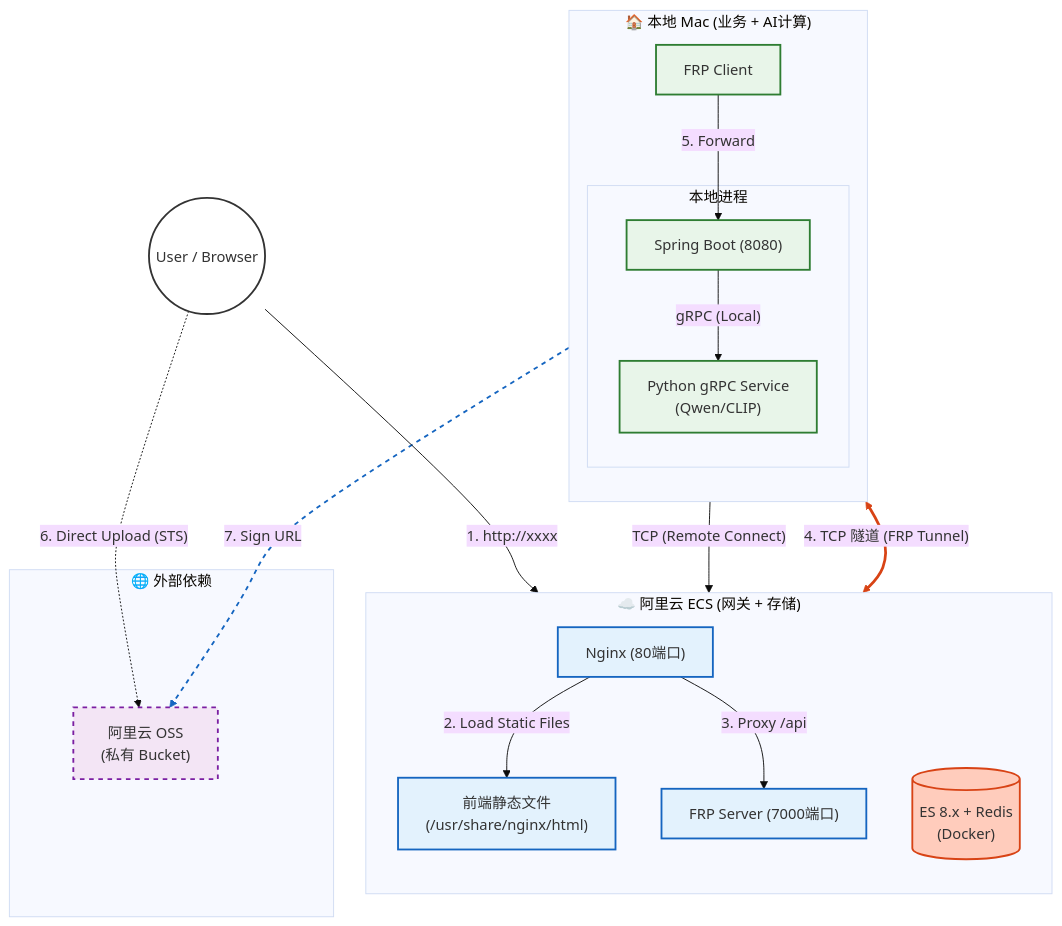
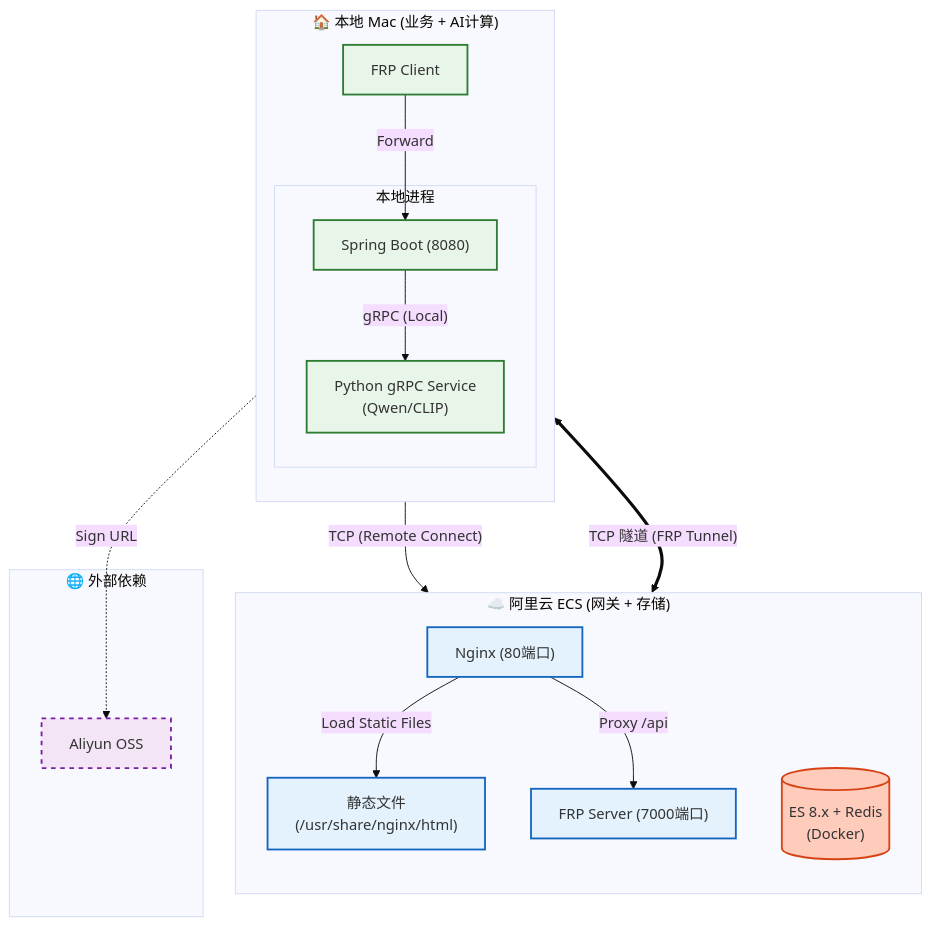
One commit to ryanmeowy/smart-vision changed the second of 2 diagrams in README.md. Above: the diagram before and after it, drawn with Mermaid (base theme).

````diff
--- a/README.md
+++ b/README.md
@@ -192,64 +192,48 @@
 ```mermaid
 graph TD
     %% ================= 样式定义 =================
     classDef user fill:#ffffff,stroke:#333,stroke-width:2px;
     classDef cloud fill:#e3f2fd,stroke:#1565c0,stroke-width:2px;
     classDef edge fill:#e8f5e9,stroke:#2e7d32,stroke-width:2px;
     classDef saas fill:#f3e5f5,stroke:#7b1fa2,stroke-width:2px,stroke-dasharray: 5 5;
     classDef db fill:#ffccbc,stroke:#d84315,stroke-width:2px;
 
-    %% ================= 外部用户 =================
-    User((User / Browser)):::user
-
     %% ================= 云端节点 (流量入口 + 数据中心) =================
     subgraph Cloud_Node ["☁️ 阿里云 ECS (网关 + 存储)"]
         direction TB
         Nginx["Nginx (80端口)"]:::cloud
         FRPS["FRP Server (7000端口)"]:::cloud
-        StaticFiles["前端静态文件<br>(/usr/share/nginx/html)"]:::cloud
-        
-        %% 数据库现在在云端
+        StaticFiles["静态文件<br>(/usr/share/nginx/html)"]:::cloud
         DB[("ES 8.x + Redis<br>(Docker)")]:::db
     end
 
     %% ================= 边缘节点 (算力核心) =================
     subgraph Edge_Node ["🏠 本地 Mac (业务 + AI计算)"]
         direction TB
         FRPC[FRP Client]:::edge
         
         subgraph Local_Compute [本地进程]
             Java["Spring Boot (8080)"]:::edge
             Python["Python gRPC Service<br>(Qwen/CLIP)"]:::edge
         end
     end
 
     %% ================= 外部 SaaS =================
     subgraph External_SaaS [🌐 外部依赖]
-        OSS["阿里云 OSS<br>(私有 Bucket)"]:::saas
+        OSS["Aliyun OSS"]:::saas
     end
 
     %% ================= 流量链路 =================
 
-    %% 1. HTTP 访问
-    User -- "1. http://xxxx" --> Nginx
+    Nginx -- "Load Static Files" --> StaticFiles
 
-    %% 2. 静态资源 (云端直接返回)
-    Nginx -- "2. Load Static Files" --> StaticFiles
+    Nginx -- "Proxy /api" --> FRPS
+    FRPS <== "TCP 隧道 (FRP Tunnel)" ==> FRPC
+    FRPC -- "Forward" --> Java
 
-    %% 3. 动态请求 (穿透回本地处理业务)
-    Nginx -- "3. Proxy /api" --> FRPS
-    FRPS <== "4. TCP 隧道 (FRP Tunnel)" ==> FRPC
-    FRPC -- "5. Forward" --> Java
-
-    %% 4. 本地计算 & 远程存储交互
     Java -- "gRPC (Local)" --> Python
     Java -- "TCP (Remote Connect)" --> DB
 
-    %% 5. OSS 直传
-    User -.->|"6. Direct Upload (STS)"| OSS
-    Java -.->|"7. Sign URL"| OSS
+    Java -.->|"Sign URL"| OSS
 
-    %% ================= 样式微调 =================
-    linkStyle 3 stroke:#d84315,stroke-width:3px;
-    linkStyle 8 stroke:#1565c0,stroke-width:2px,stroke-dasharray: 5 5;
 ```
````
